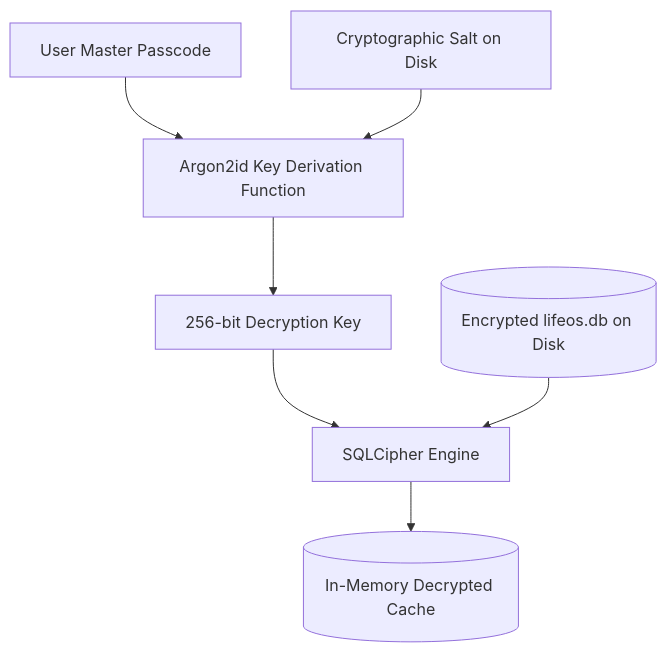
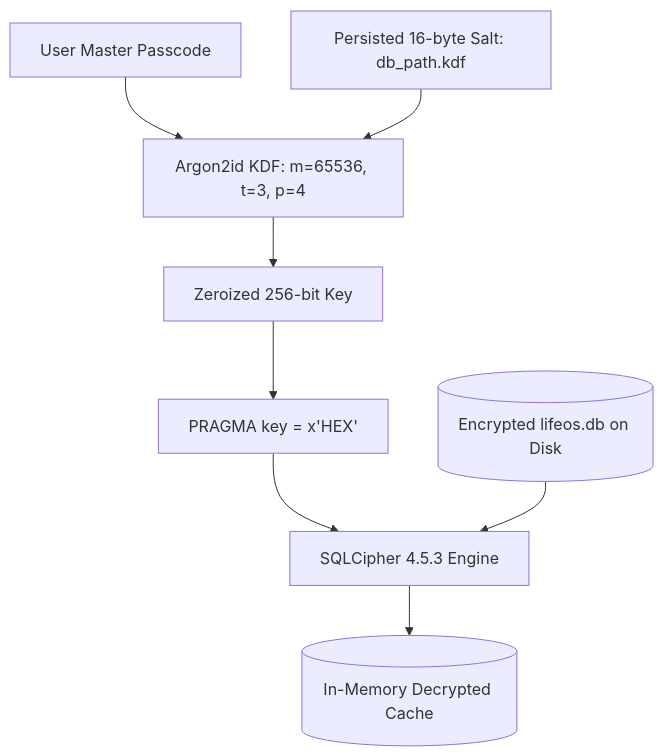
Before and after one commit to KarimBenKarim/life-operating-system: the first of 2 diagrams in docs/security-architecture.md, drawn with Mermaid. The commit also changed other lines of this file and 6 other files, not shown here.

````diff
--- a/docs/security-architecture.md
+++ b/docs/security-architecture.md
@@ -95,9 +97,10 @@
 ```mermaid
 graph TD
-    Passcode[User Master Passcode] --> Argon2[Argon2id Key Derivation Function]
-    Salt[Cryptographic Salt on Disk] --> Argon2
-    Argon2 --> DerivedKey[256-bit Decryption Key]
-    DerivedKey --> SQLCipher[SQLCipher Engine]
+    Passcode[User Master Passcode] --> Argon2[Argon2id KDF: m=65536, t=3, p=4]
+    Salt[Persisted 16-byte Salt: db_path.kdf] --> Argon2
+    Argon2 --> DerivedKey[Zeroized 256-bit Key]
+    DerivedKey --> RawPragma[PRAGMA key = x'HEX']
+    RawPragma --> SQLCipher[SQLCipher 4.5.3 Engine]
     EncryptedDB[(Encrypted lifeos.db on Disk)] --> SQLCipher
     SQLCipher --> DecryptedDB[(In-Memory Decrypted Cache)]
 ```
````
